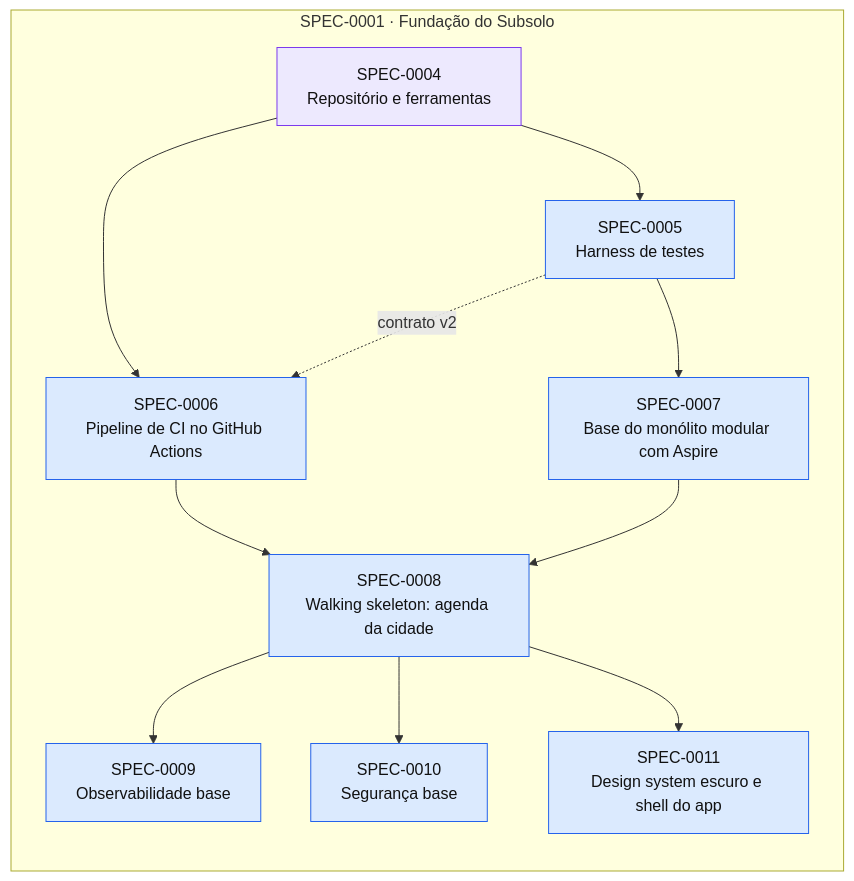
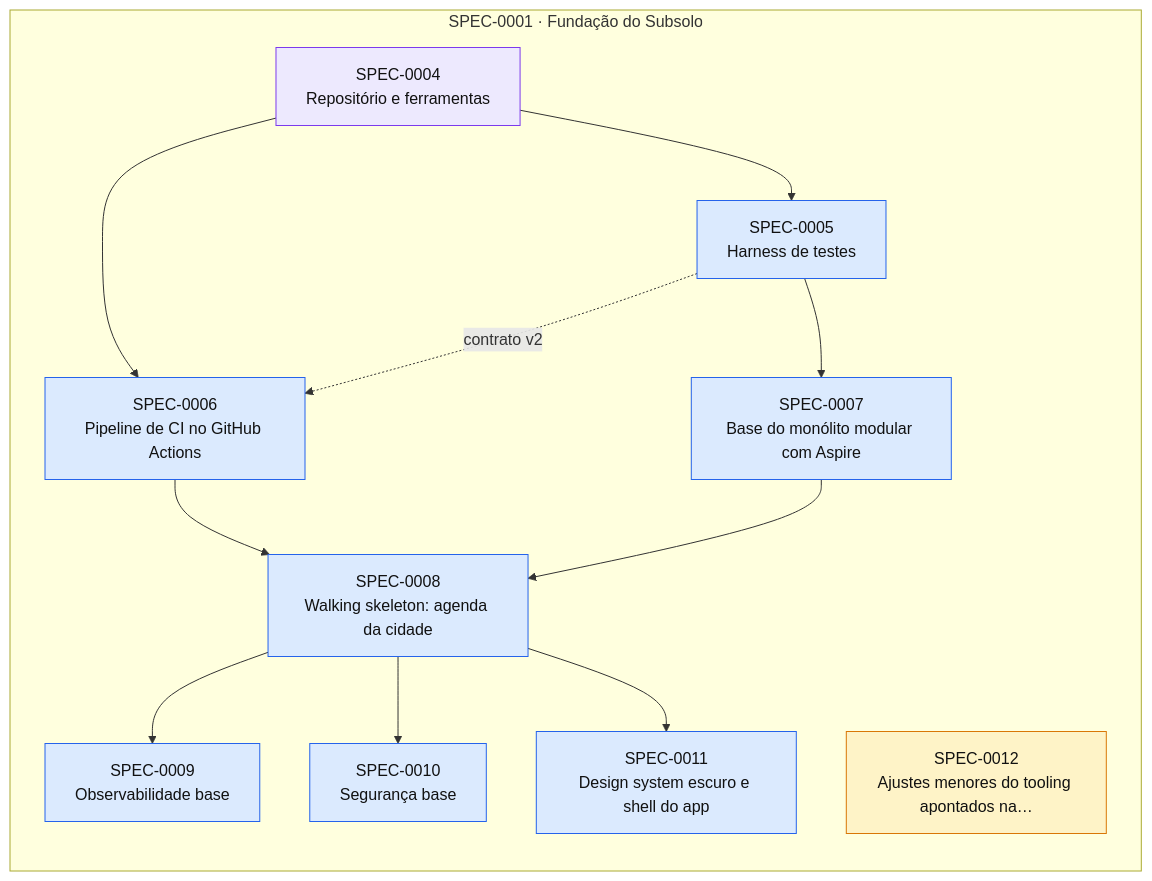
One commit to thomasravache/subsolo changed the diagram in docs/specs/INDEX.md. Above: the diagram before and after it, drawn with Mermaid. The commit also changed other lines of this file and 2 other files, not shown here.

First line of the commit message:
docs(sdd): record H2, G6 N/A and delivery report for repository tooling

````diff
--- a/docs/specs/INDEX.md
+++ b/docs/specs/INDEX.md
@@ -68,27 +69,28 @@
 ```mermaid
 flowchart LR
   subgraph E0001["SPEC-0001 · Fundação do Subsolo"]
     S0004["SPEC-0004<br/>Repositório e ferramentas"]:::inprogress
     S0005["SPEC-0005<br/>Harness de testes"]:::approved
     S0006["SPEC-0006<br/>Pipeline de CI no GitHub Actions"]:::approved
     S0007["SPEC-0007<br/>Base do monólito modular com Aspire"]:::approved
     S0008["SPEC-0008<br/>Walking skeleton: agenda da cidade"]:::approved
     S0009["SPEC-0009<br/>Observabilidade base"]:::approved
     S0010["SPEC-0010<br/>Segurança base"]:::approved
     S0011["SPEC-0011<br/>Design system escuro e shell do app"]:::approved
+    S0012["SPEC-0012<br/>Ajustes menores do tooling apontados na…"]:::proposed
   end
   S0004 --> S0005
   S0004 --> S0006
   S0005 -. contrato v2 .-> S0006
   S0005 --> S0007
   S0006 --> S0008
   S0007 --> S0008
   S0008 --> S0009
   S0008 --> S0010
   S0008 --> S0011
   classDef proposed fill:#fef3c7,stroke:#d97706,color:#111
   classDef approved fill:#dbeafe,stroke:#2563eb,color:#111
   classDef inprogress fill:#ede9fe,stroke:#7c3aed,color:#111
   classDef implemented fill:#dcfce7,stroke:#16a34a,color:#111
   classDef deprecated fill:#f3f4f6,stroke:#9ca3af,color:#6b7280
 ```
````
